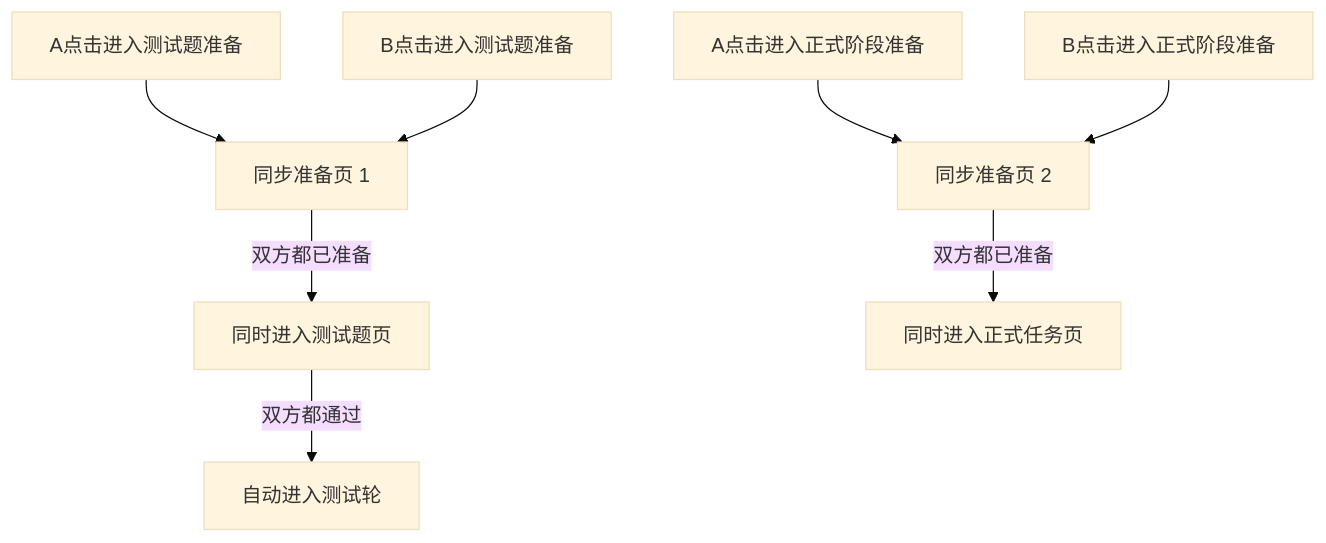
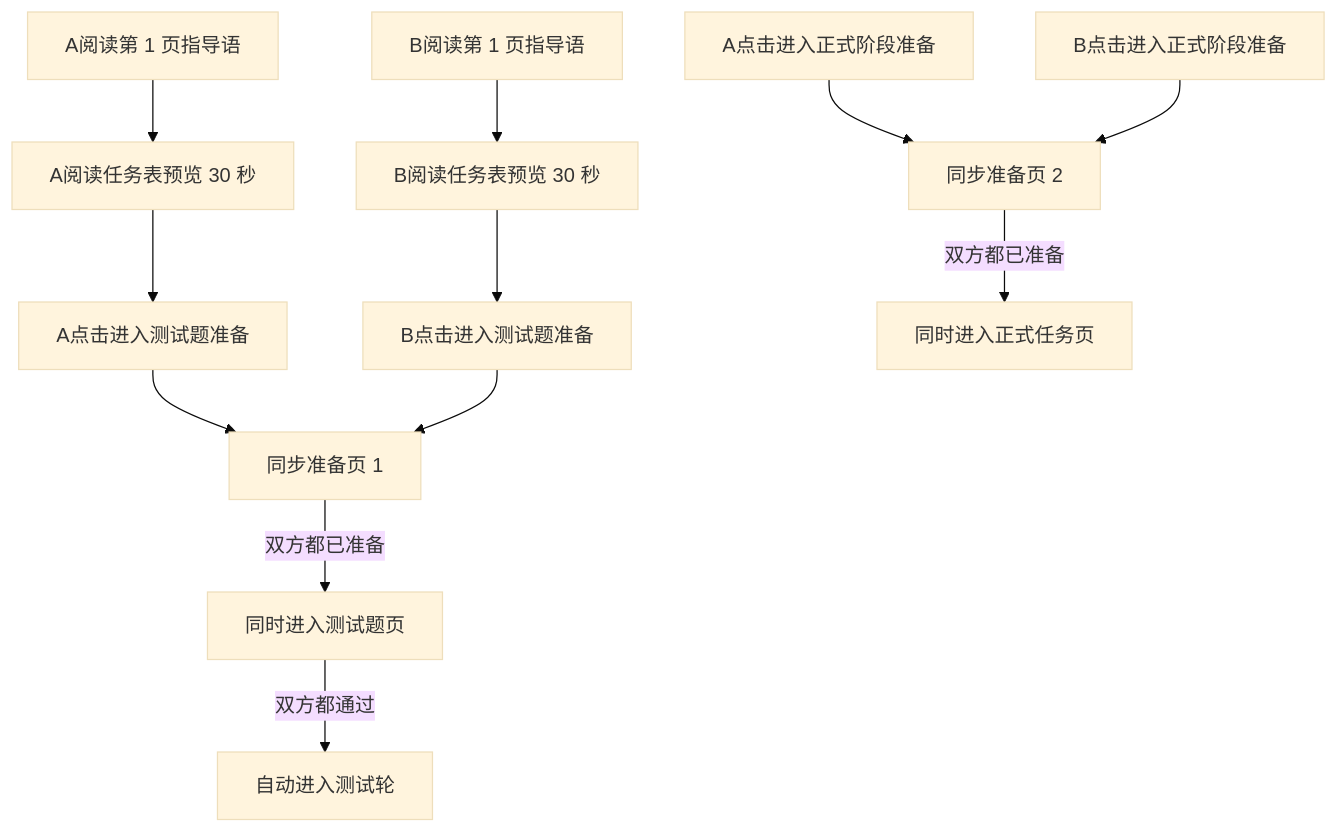
One commit to yezhouyedu/multicooperation changed the second of 4 diagrams in 02_specs/00_overview/APP_FLOW.md. Above: the diagram before and after it, drawn with Mermaid (base theme). The commit also changed other lines of this file and 3 other files, not shown here.

````diff
--- a/02_specs/00_overview/APP_FLOW.md
+++ b/02_specs/00_overview/APP_FLOW.md
@@ -143,10 +149,14 @@
 ```mermaid
 flowchart TD
-    A1["A点击进入测试题准备"] --> Wait1["同步准备页 1"]
-    B1["B点击进入测试题准备"] --> Wait1
+    A0["A阅读第 1 页指导语"] --> ATaskPreview["A阅读任务表预览 30 秒"]
+    B0["B阅读第 1 页指导语"] --> BTaskPreview["B阅读任务表预览 30 秒"]
+    ATaskPreview --> A1["A点击进入测试题准备"]
+    BTaskPreview --> B1["B点击进入测试题准备"]
+    A1 --> Wait1["同步准备页 1"]
+    B1 --> Wait1
     Wait1 -->|"双方都已准备"| Quiz["同时进入测试题页"]
     Quiz -->|"双方都通过"| Practice["自动进入测试轮"]
     A2["A点击进入正式阶段准备"] --> Wait2["同步准备页 2"]
     B2["B点击进入正式阶段准备"] --> Wait2
     Wait2 -->|"双方都已准备"| Formal["同时进入正式任务页"]
 ```
````
